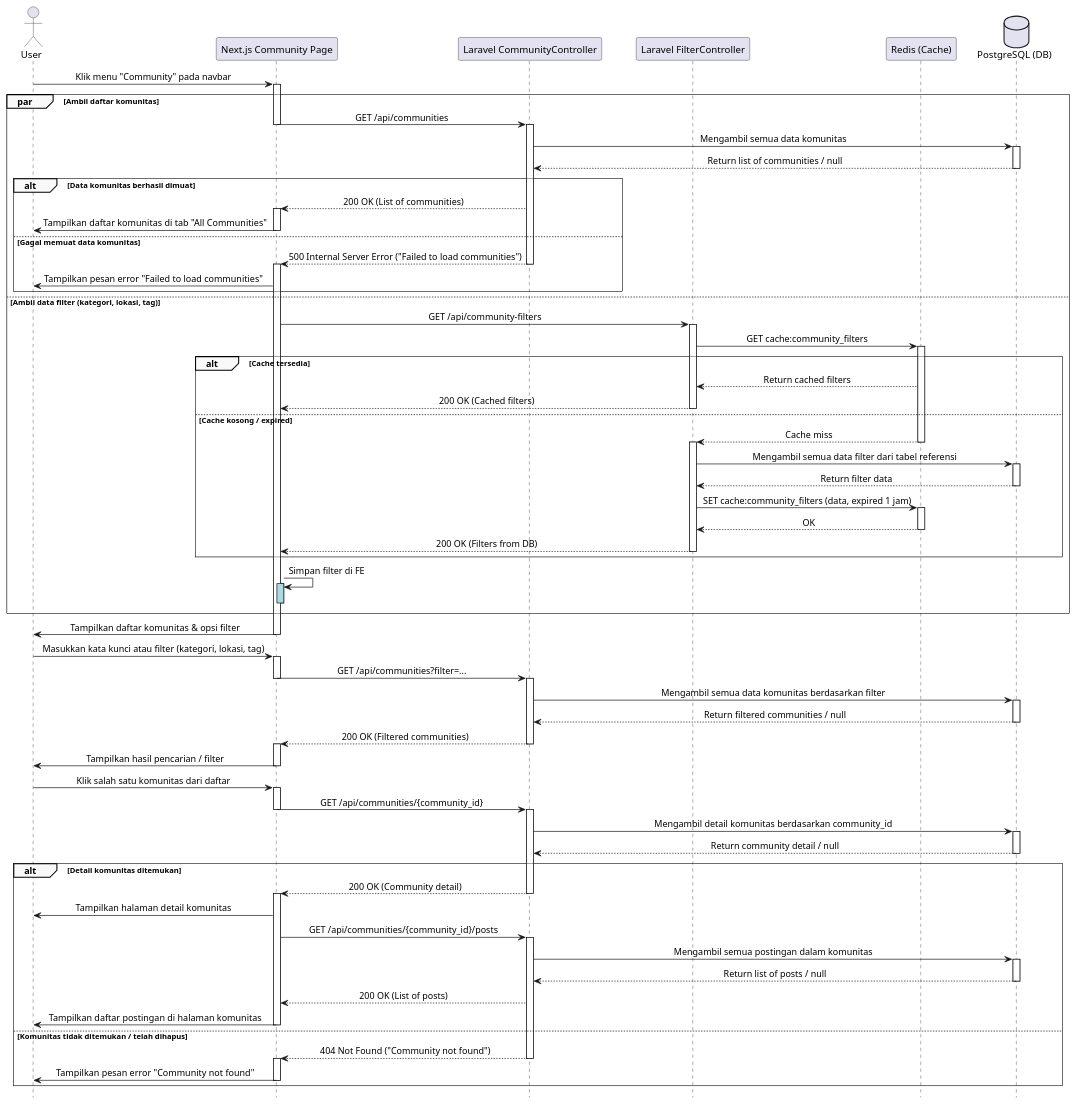
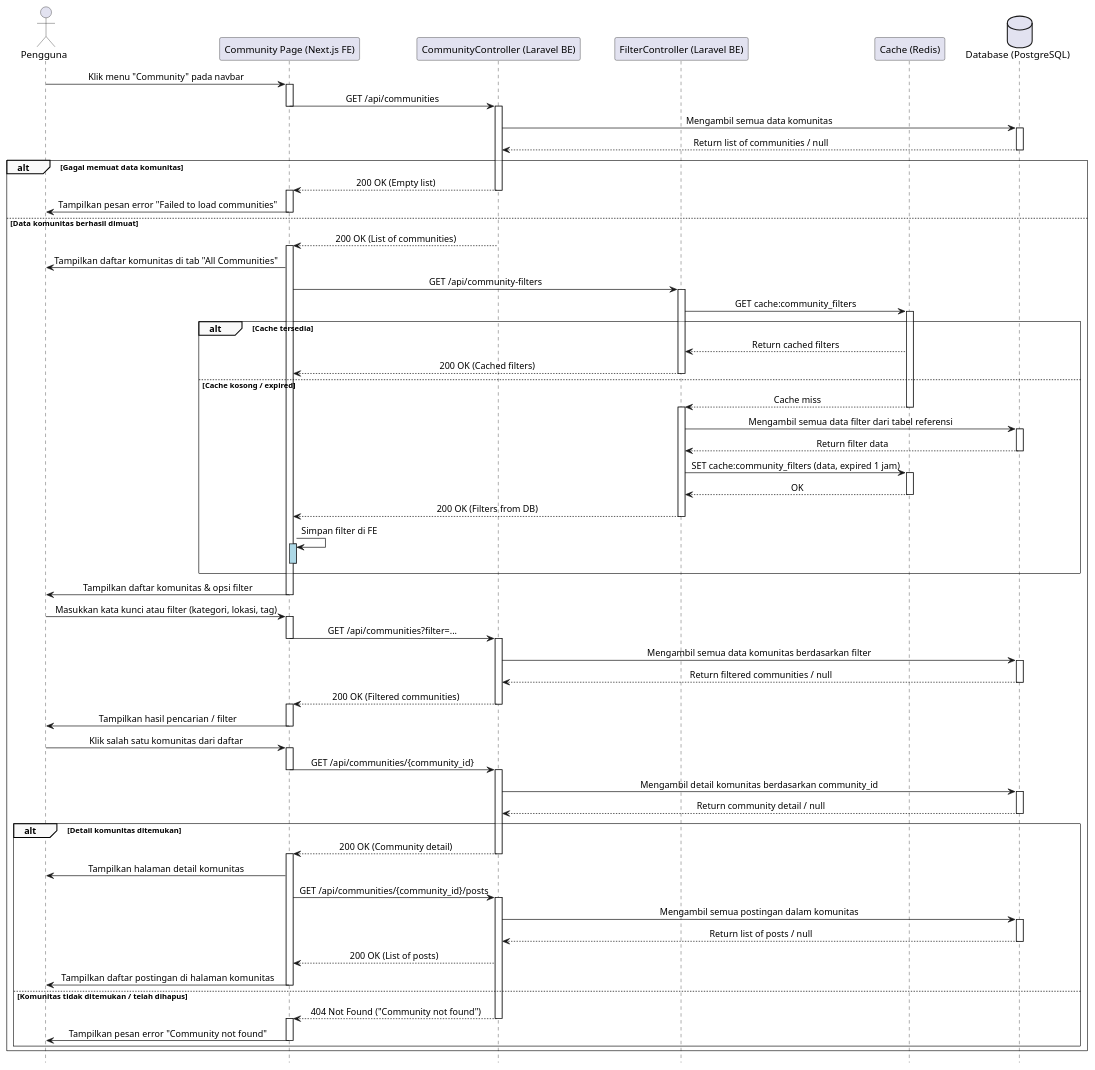
One commit to fadhel-rizanda/skripsi-plantuml changed the diagram in MelihatKomunitas.plantuml. Above: the diagram before and after it, drawn with PlantUML. The commit also changed 30 other files, not shown here.

```diff
--- a/MelihatKomunitas.plantuml
+++ b/MelihatKomunitas.plantuml
@@ -1,134 +1,132 @@
 @startuml
 ' === Styling ===
 skinparam sequence {
     LifelineFooterStrategy none
     MessageAlign center
     ArrowThickness 1
     ParticipantPadding 20
     GroupBorderThickness 0.5
     GroupBackgroundColor #F9F9F9
 }
 hide footbox
 
 ' === Participants ===
-actor User
-participant "Next.js Community Page" as FE
-participant "Laravel CommunityController" as BE_Community
-participant "Laravel FilterController" as BE_Filter
-participant "Redis (Cache)" as Redis
-database "PostgreSQL (DB)" as DB
+actor Pengguna
+participant "Community Page (Next.js FE)" as FE
+participant "CommunityController (Laravel BE)" as BE_Community
+participant "FilterController (Laravel BE)" as BE_Filter
+participant "Cache (Redis)" as Redis
+database "Database (PostgreSQL)" as DB
 
 ' === Normal Flow: Melihat Daftar Komunitas ===
-User -> FE: Klik menu "Community" pada navbar
+Pengguna -> FE: Klik menu "Community" pada navbar
 activate FE
 
 ' --- Paralel Request ---
-par Ambil daftar komunitas
     FE -> BE_Community: GET /api/communities
     deactivate FE
     activate BE_Community
     BE_Community -> DB: Mengambil semua data komunitas
     activate DB
     DB --> BE_Community: Return list of communities / null
     deactivate DB
 
-    alt Data komunitas berhasil dimuat
+    alt Gagal memuat data komunitas
+        BE_Community --> FE: 200 OK (Empty list)
+        deactivate BE_Community
+        activate FE
+        FE -> Pengguna: Tampilkan pesan error "Failed to load communities"
+        deactivate FE
+    else Data komunitas berhasil dimuat
         BE_Community --> FE: 200 OK (List of communities)
         activate FE
-        FE -> User: Tampilkan daftar komunitas di tab "All Communities"
-        deactivate FE
-    else Gagal memuat data komunitas
-        BE_Community --> FE: 500 Internal Server Error ("Failed to load communities")
-        deactivate BE_Community
-        activate FE
-        FE -> User: Tampilkan pesan error "Failed to load communities"
-    end
+        FE -> Pengguna: Tampilkan daftar komunitas di tab "All Communities"
 
-else Ambil data filter (kategori, lokasi, tag)
     FE -> BE_Filter: GET /api/community-filters
     activate BE_Filter
     BE_Filter -> Redis: GET cache:community_filters
     activate Redis
 
     alt Cache tersedia
         Redis --> BE_Filter: Return cached filters
         BE_Filter --> FE: 200 OK (Cached filters)
         deactivate BE_Filter
     else Cache kosong / expired
         Redis --> BE_Filter: Cache miss
         deactivate Redis
         activate BE_Filter
         BE_Filter -> DB: Mengambil semua data filter dari tabel referensi
         activate DB
         DB --> BE_Filter: Return filter data
         deactivate DB
         BE_Filter -> Redis: SET cache:community_filters (data, expired 1 jam)
         activate Redis
         Redis --> BE_Filter: OK
         deactivate Redis
         BE_Filter --> FE: 200 OK (Filters from DB)
         deactivate BE_Filter
-    end
     FE -> FE:Simpan filter di FE
     activate FE #LightBlue
     deactivate FE #LightBlue
 end
 
 activate FE
-FE -> User: Tampilkan daftar komunitas & opsi filter
+FE -> Pengguna: Tampilkan daftar komunitas & opsi filter
 deactivate FE
 
 
 ' === Flow: Menggunakan Pencarian / Filter ===
-User -> FE: Masukkan kata kunci atau filter (kategori, lokasi, tag)
+Pengguna -> FE: Masukkan kata kunci atau filter (kategori, lokasi, tag)
 activate FE
 FE -> BE_Community: GET /api/communities?filter=...
 deactivate FE
 activate BE_Community
 BE_Community -> DB: Mengambil semua data komunitas berdasarkan filter
 activate DB
 DB --> BE_Community: Return filtered communities / null
 deactivate DB
 BE_Community --> FE: 200 OK (Filtered communities)
 deactivate BE_Community
 activate FE
-FE -> User: Tampilkan hasil pencarian / filter
+FE -> Pengguna: Tampilkan hasil pencarian / filter
 deactivate FE
 
 
 ' === Flow: Melihat Detail Komunitas ===
-User -> FE: Klik salah satu komunitas dari daftar
+Pengguna -> FE: Klik salah satu komunitas dari daftar
 activate FE
 FE -> BE_Community: GET /api/communities/{community_id}
 deactivate FE
 activate BE_Community
 BE_Community -> DB: Mengambil detail komunitas berdasarkan community_id
 activate DB
 DB --> BE_Community: Return community detail / null
 deactivate DB
 
 alt Detail komunitas ditemukan
     BE_Community --> FE: 200 OK (Community detail)
     deactivate BE_Community
     activate FE
-    FE -> User: Tampilkan halaman detail komunitas
+    FE -> Pengguna: Tampilkan halaman detail komunitas
 
     ' === Subflow: Menampilkan Postingan dalam Komunitas ===
     FE -> BE_Community: GET /api/communities/{community_id}/posts
     activate BE_Community
     BE_Community -> DB: Mengambil semua postingan dalam komunitas
     activate DB
     DB --> BE_Community: Return list of posts / null
     deactivate DB
     BE_Community --> FE: 200 OK (List of posts)
-    FE -> User: Tampilkan daftar postingan di halaman komunitas
+    FE -> Pengguna: Tampilkan daftar postingan di halaman komunitas
     deactivate FE
 
 else Komunitas tidak ditemukan / telah dihapus
     BE_Community --> FE: 404 Not Found ("Community not found")
     deactivate BE_Community
     activate FE
-    FE -> User: Tampilkan pesan error "Community not found"
+    FE -> Pengguna: Tampilkan pesan error "Community not found"
     deactivate FE
 end
+    end
+
 @enduml
```
